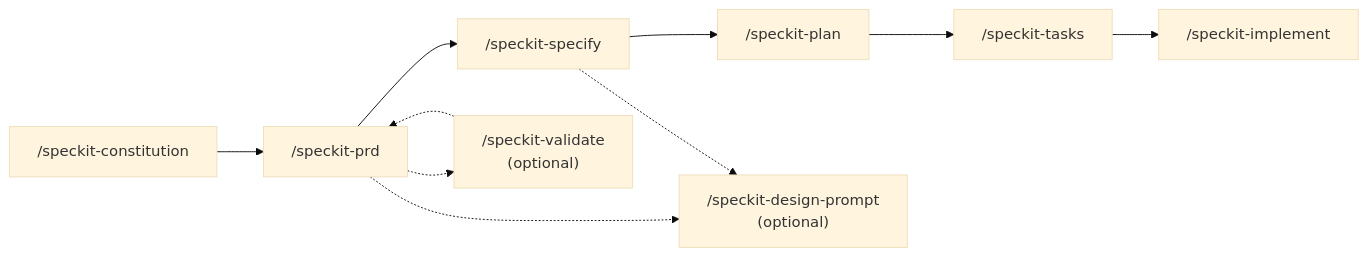
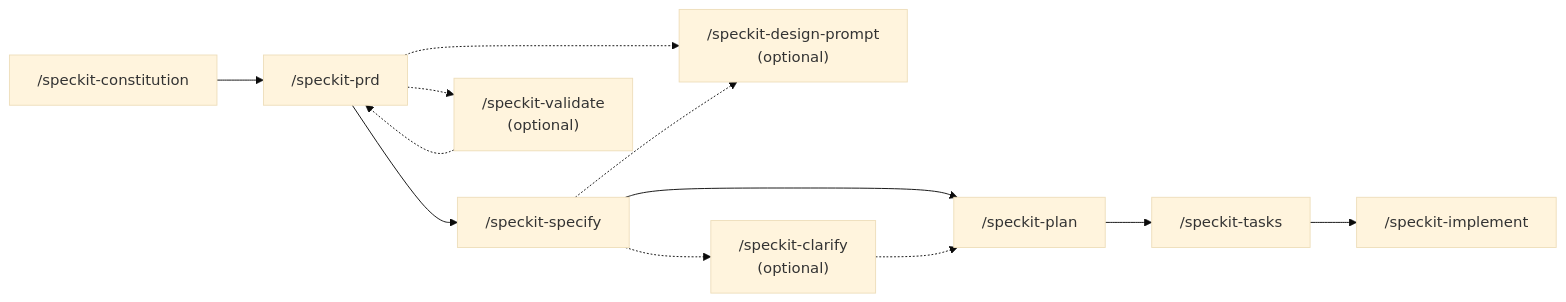
The diagram in README.md (JxFong1017/hackathon_speckit), drawn with Mermaid (base theme) before and after one commit. The commit also changed other lines of this file, not shown here.

Commit message:
update readme to add clarify step

````diff
--- a/README.md
+++ b/README.md
@@ -30,12 +30,14 @@
 ```mermaid
 flowchart LR
   CON["/speckit-constitution"] --> PRD["/speckit-prd"]
   PRD --> SP["/speckit-specify"]
   SP --> PL["/speckit-plan"]
   PL --> TK["/speckit-tasks"]
   TK --> IM["/speckit-implement"]
   PRD -.-> VAL["/speckit-validate\n(optional)"]
   VAL -.-> PRD
   PRD -.-> DP["/speckit-design-prompt\n(optional)"]
   SP -.-> DP
+  SP -.-> CL["/speckit-clarify\n(optional)"]
+  CL -.-> PL
 ```
````
